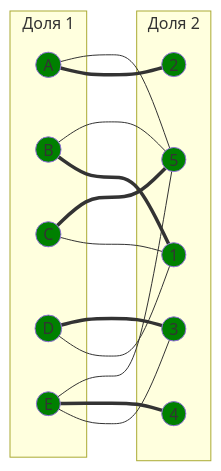
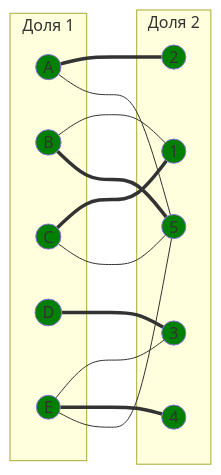
Diagram 12 of 12 in Задание 8/task8.md (algos-ris-24-3/manual-tasks), drawn with Mermaid before and after one commit. The commit also changed other lines of this file, not shown here.

````diff
--- a/Задание 8/task8.md
+++ b/Задание 8/task8.md
@@ -540,40 +507,39 @@
 ```mermaid
 graph LR
     subgraph "Доля 1"
         A((A))
         B((B))
         C((C))
         D((D))
         E((E))
     end
     subgraph "Доля 2"
         1((1))
         2((2))
         3((3))
         4((4))
         5((5))
     end
 
     A === 2
     A --- 5
-    B === 1
-    B --- 5
-    C --- 1
-    C === 5
-    D --- 1
+    B --- 1
+    C === 1
+    B === 5
+    C --- 5
     D === 3
     E --- 3
     E === 4
     E --- 5
 
     style A fill:#008000
     style B fill:#008000
     style C fill:#008000
     style D fill:#008000
     style E fill:#008000
     style 2 fill:#008000
     style 1 fill:#008000
     style 3 fill:#008000
+    style 5 fill:#008000
     style 4 fill:#008000
-    style 5 fill:#008000
 ```
````
